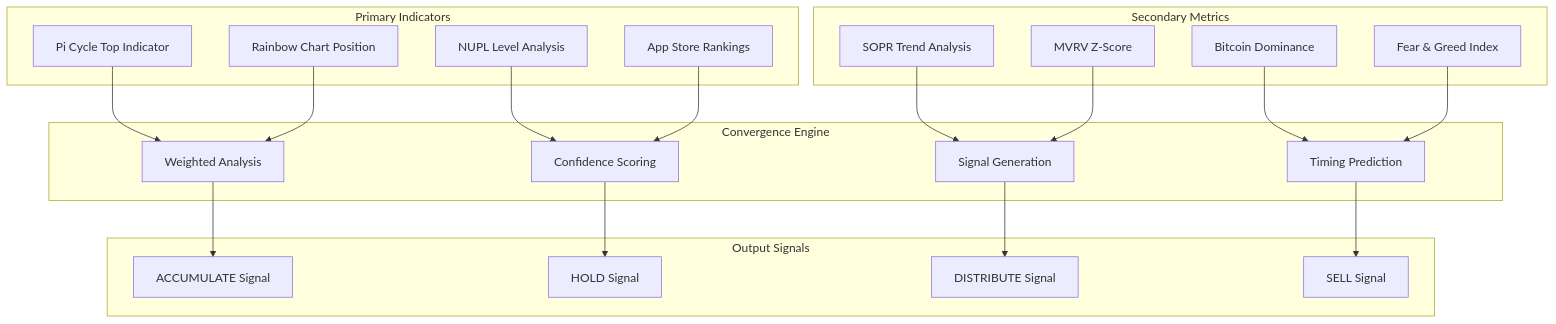
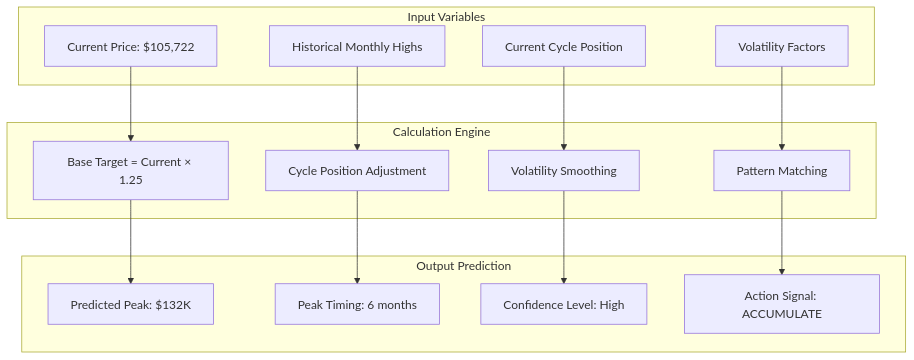
One commit to oxnr/picotop changed the sixth of 10 diagrams in ARCHITECTURE.md. Above: the diagram before and after it, drawn with Mermaid. The commit also changed other lines of this file and 34 other files, not shown here.

First line of the commit message:
feat: Complete Picojeet enhanced Bitcoin chart and documentation checkpoint

````diff
--- a/ARCHITECTURE.md
+++ b/ARCHITECTURE.md
@@ -289,45 +202,33 @@
 ```mermaid
 graph TB
-    subgraph "Primary Indicators"
-        PiCycleIndicator[Pi Cycle Top Indicator]
-        RainbowPosition[Rainbow Chart Position]
-        NUPLLevel[NUPL Level Analysis]
-        AppRankings[App Store Rankings]
+    subgraph "Input Variables"
+        CurrentPrice[Current Price: $105,722]
+        HistoricalData[Historical Monthly Highs]
+        CyclePosition[Current Cycle Position]
+        VolatilityFactors[Volatility Factors]
     end
     
-    subgraph "Secondary Metrics"
-        SOPRTrend[SOPR Trend Analysis]
-        MVRVScore[MVRV Z-Score]
-        DominanceTrend[Bitcoin Dominance]
-        FearGreedIndex[Fear & Greed Index]
+    subgraph "Calculation Engine"
+        BaseTarget[Base Target = Current × 1.25]
+        CycleAdjustment[Cycle Position Adjustment]
+        VolatilitySmoothing[Volatility Smoothing]
+        PatternMatching[Pattern Matching]
     end
     
-    subgraph "Convergence Engine"
-        WeightedAnalysis[Weighted Analysis]
-        ConfidenceScore[Confidence Scoring]
-        SignalGeneration[Signal Generation]
-        TimingPrediction[Timing Prediction]
+    subgraph "Output Prediction"
+        PredictedPeak[Predicted Peak: $132K]
+        PeakTiming[Peak Timing: 6 months]
+        ConfidenceLevel[Confidence Level: High]
+        ActionSignal[Action Signal: ACCUMULATE]
     end
     
-    subgraph "Output Signals"
-        ACCUMULATE[ACCUMULATE Signal]
-        HOLD[HOLD Signal]
-        DISTRIBUTE[DISTRIBUTE Signal]
-        SELL[SELL Signal]
-    end
+    CurrentPrice --> BaseTarget
+    HistoricalData --> CycleAdjustment
+    CyclePosition --> VolatilitySmoothing
+    VolatilityFactors --> PatternMatching
     
-    PiCycleIndicator --> WeightedAnalysis
-    RainbowPosition --> WeightedAnalysis
-    NUPLLevel --> ConfidenceScore
-    AppRankings --> ConfidenceScore
-    
-    SOPRTrend --> SignalGeneration
-    MVRVScore --> SignalGeneration
-    DominanceTrend --> TimingPrediction
-    FearGreedIndex --> TimingPrediction
-    
-    WeightedAnalysis --> ACCUMULATE
-    ConfidenceScore --> HOLD
-    SignalGeneration --> DISTRIBUTE
-    TimingPrediction --> SELL
+    BaseTarget --> PredictedPeak
+    CycleAdjustment --> PeakTiming
+    VolatilitySmoothing --> ConfidenceLevel
+    PatternMatching --> ActionSignal
 ```
````
